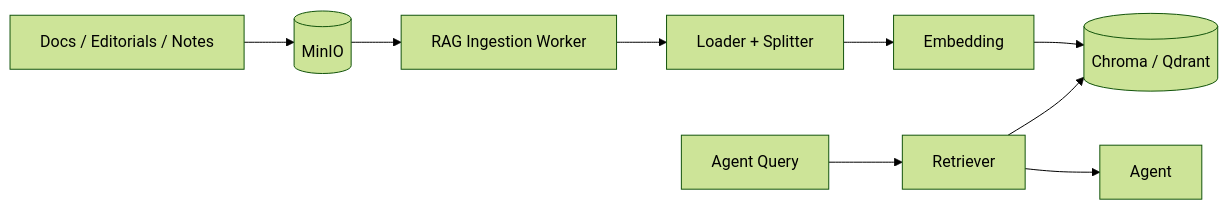
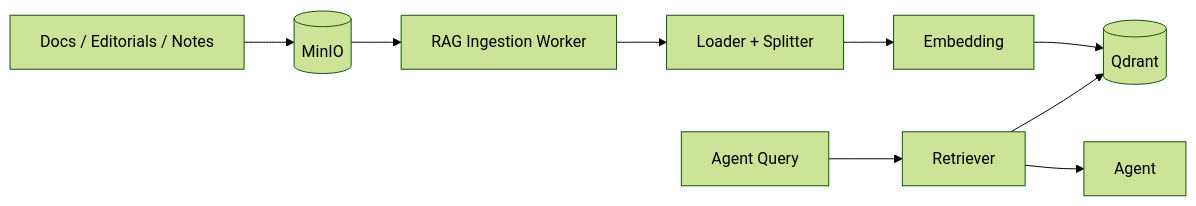
Before and after one commit to viggggil/go_oj_agent: the fourth of 6 diagrams in docs/architecture.md, drawn with Mermaid (forest theme). The commit also changed other lines of this file and 248 other files, not shown here.

````diff
--- a/docs/architecture.md
+++ b/docs/architecture.md
@@ -790,12 +790,12 @@
 ```mermaid
 flowchart LR
     Docs["Docs / Editorials / Notes"] --> Storage[("MinIO")]
     Storage --> Worker["RAG Ingestion Worker"]
     Worker --> Split["Loader + Splitter"]
     Split --> Embed["Embedding"]
-    Embed --> Vector[("Chroma / Qdrant")]
+    Embed --> Vector[("Qdrant")]
 
     Query["Agent Query"] --> Retriever["Retriever"]
     Retriever --> Vector
     Retriever --> Agent["Agent"]
 ```
````
